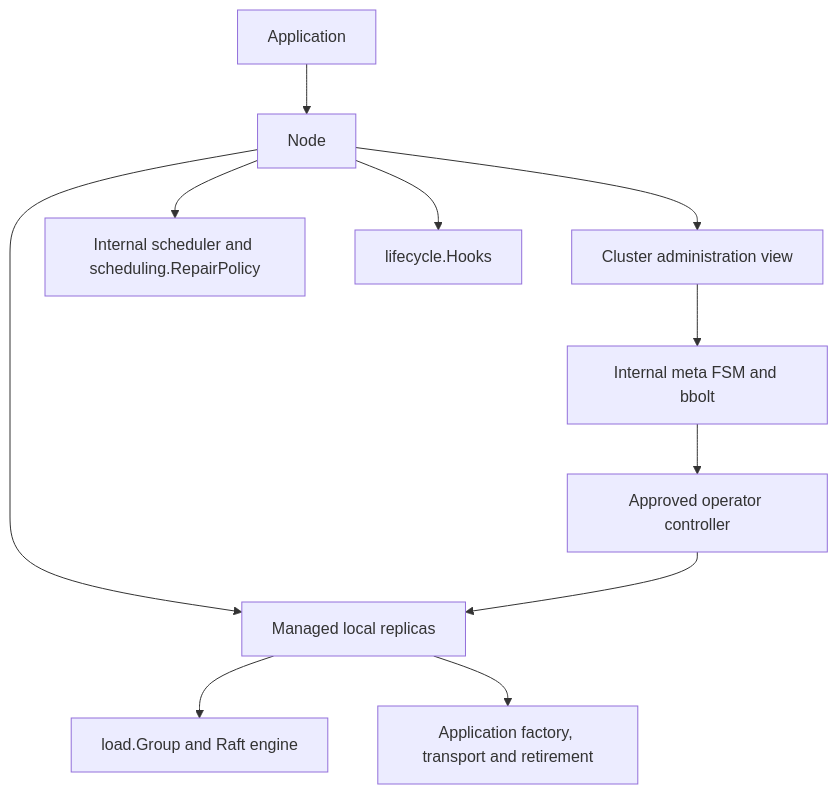
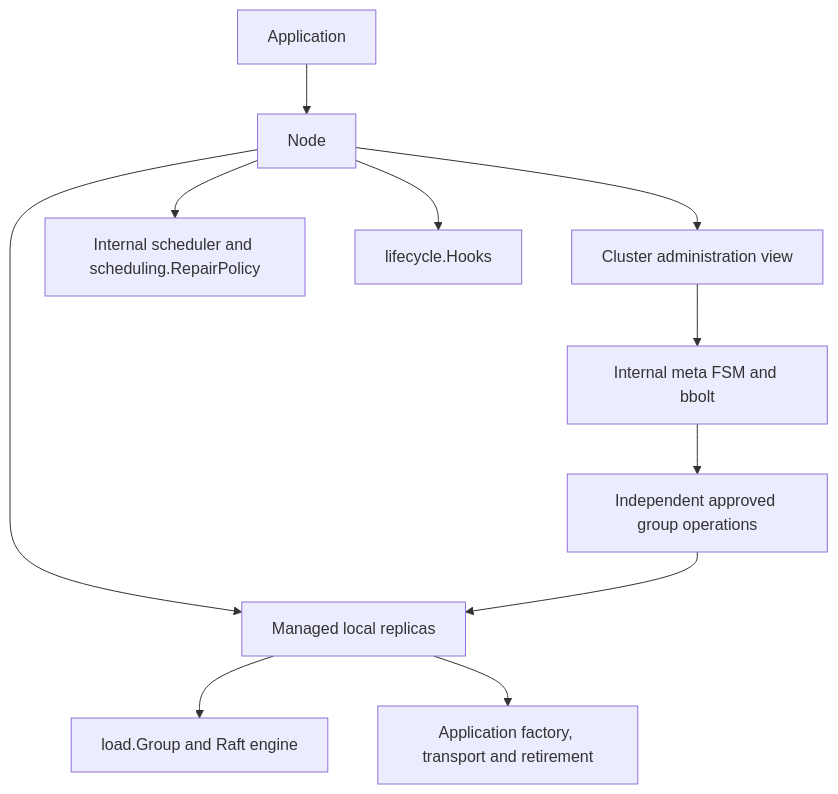
The diagram in docs/architecture/library.md (asalimonov/gquorum), drawn with Mermaid before and after one commit. The commit also changed other lines of this file and 7 other files, not shown here.

````diff
--- a/docs/architecture/library.md
+++ b/docs/architecture/library.md
@@ -17,13 +17,13 @@
 ```mermaid
 flowchart TD
     Application --> Node
     Node --> Cluster[Cluster administration view]
     Node --> Host[Managed local replicas]
     Cluster --> Meta[Internal meta FSM and bbolt]
-    Meta --> Controller[Approved operator controller]
+    Meta --> Controller[Independent approved group operations]
     Controller --> Host
     Host --> Group[load.Group and Raft engine]
     Host --> Integration[Application factory, transport and retirement]
     Node --> Scheduler[Internal scheduler and scheduling.RepairPolicy]
     Node --> Lifecycle[lifecycle.Hooks]
 ```
````
